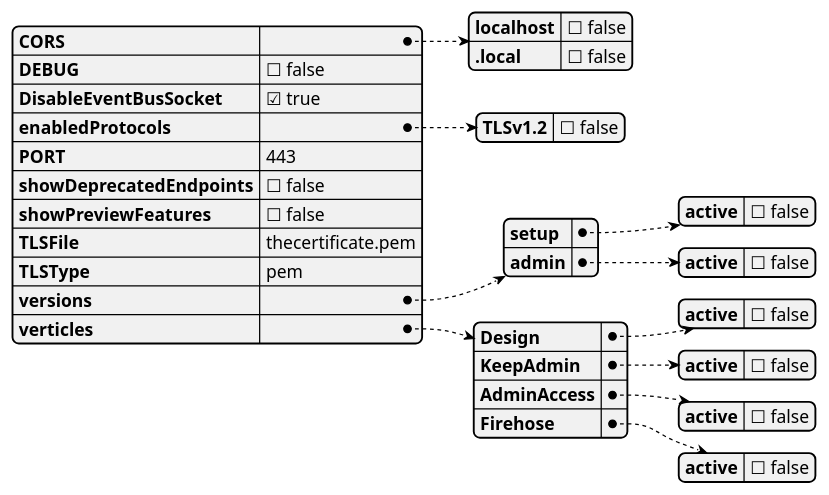
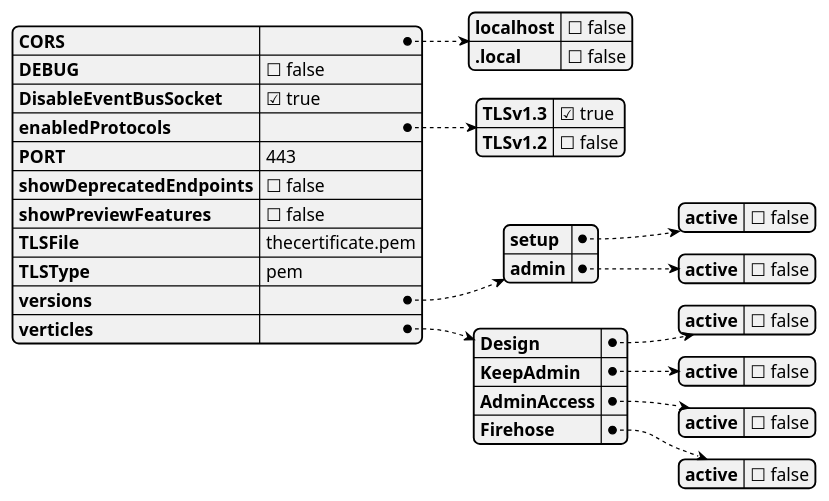
One commit to HCL-TECH-SOFTWARE/Domino-rest-api changed the diagram in docs/howto/production/hardening.json.puml. Above: the diagram before and after it, drawn with PlantUML. The commit also changed 14 other files, not shown here.

```diff
--- a/docs/howto/production/hardening.json.puml
+++ b/docs/howto/production/hardening.json.puml
@@ -1,40 +1,41 @@
 @startjson hardening.json
 {
   "CORS": {
     "localhost": false,
     ".local": false
   },
   "DEBUG": false,
   "DisableEventBusSocket": true,
   "enabledProtocols": {
+    "TLSv1.3": true,
     "TLSv1.2": false
   },
   "PORT": 443,
   "showDeprecatedEndpoints": false,
   "showPreviewFeatures": false,
   "TLSFile": "thecertificate.pem",
   "TLSType": "pem",
   "versions": {
     "setup": {
       "active": false
     },
     "admin": {
       "active": false
     }
   },
   "verticles": {
     "Design": {
       "active": false
     },
     "KeepAdmin": {
       "active": false
     },
     "AdminAccess": {
       "active": false
     },
     "Firehose": {
       "active": false
     }
   }
 }
 @endjson
```
